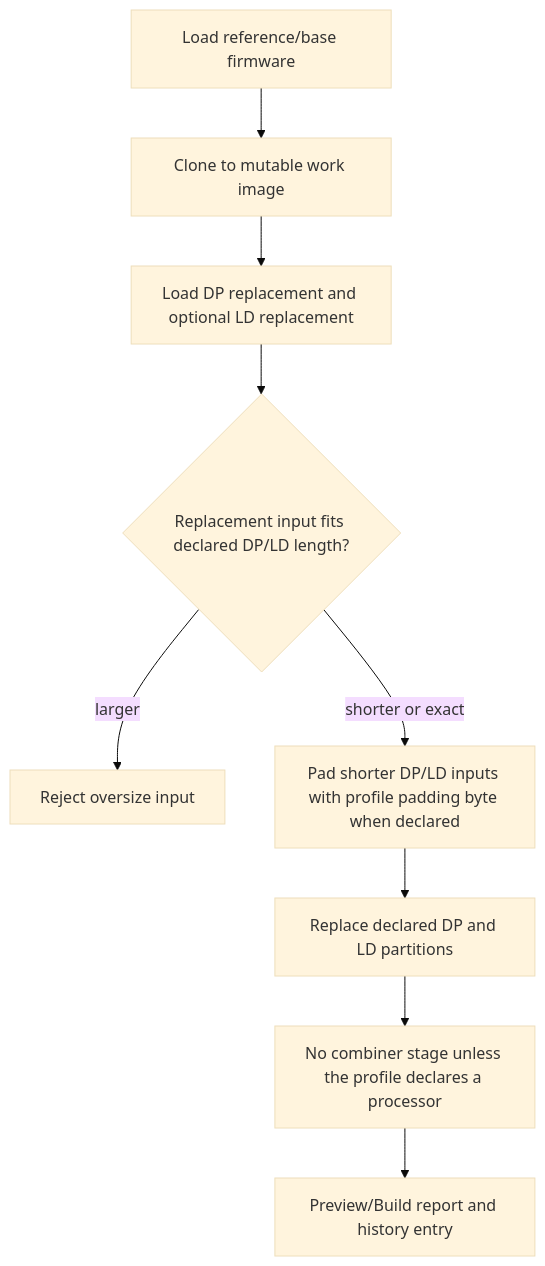
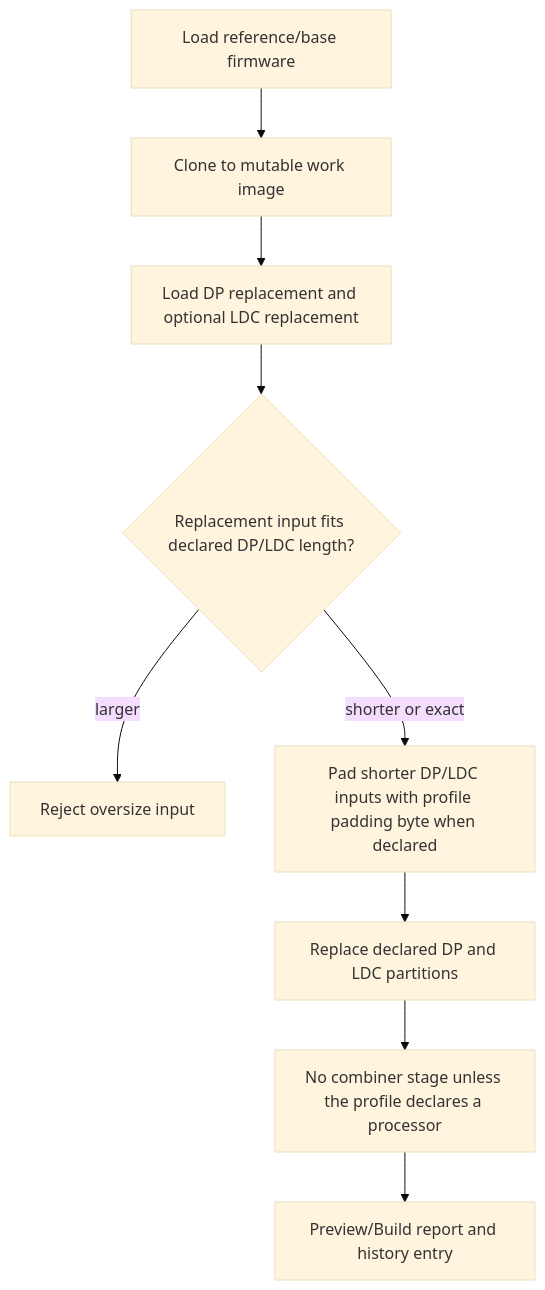
One commit to Dennis40816/nvt_fw_combiner changed the sixth of 14 diagrams in docs/architecture/ic-workflow-flowcharts.md. Above: the diagram before and after it, drawn with Mermaid (base theme). The commit also changed other lines of this file and 9 other files, not shown here.

````diff
--- a/docs/architecture/ic-workflow-flowcharts.md
+++ b/docs/architecture/ic-workflow-flowcharts.md
@@ -206,11 +211,11 @@
 ```mermaid
 flowchart TD
     A["Load reference/base firmware"] --> B["Clone to mutable work image"]
-    B --> C["Load DP replacement and optional LD replacement"]
-    C --> D{"Replacement input fits declared DP/LD length?"}
+    B --> C["Load DP replacement and optional LDC replacement"]
+    C --> D{"Replacement input fits declared DP/LDC length?"}
     D -- "larger" --> E["Reject oversize input"]
-    D -- "shorter or exact" --> F["Pad shorter DP/LD inputs with profile padding byte when declared"]
-    F --> G["Replace declared DP and LD partitions"]
+    D -- "shorter or exact" --> F["Pad shorter DP/LDC inputs with profile padding byte when declared"]
+    F --> G["Replace declared DP and LDC partitions"]
     G --> H["No combiner stage unless the profile declares a processor"]
     H --> I["Preview/Build report and history entry"]
 ```
````
